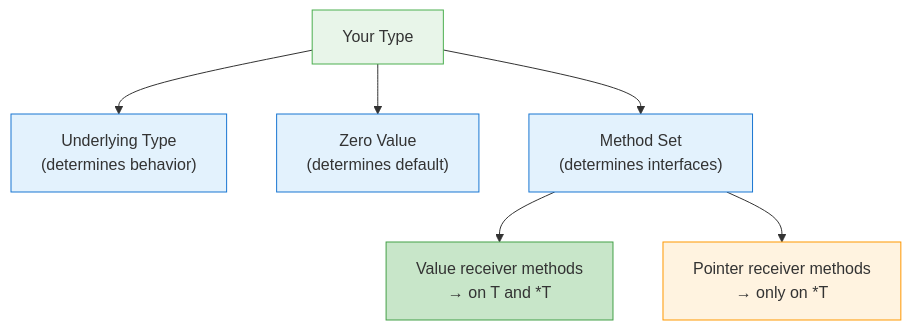
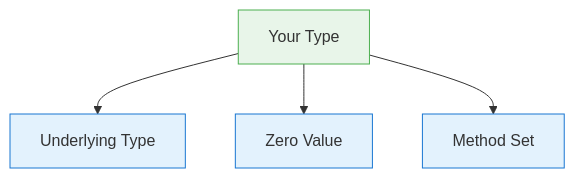
One commit to rahulsharma001/go-internals changed the diagram in Go Type System & Value Semantics.md. Above: the diagram before and after it, drawn with Mermaid. The commit also changed other lines of this file and 3 other files, not shown here.

````diff
--- a/Go Type System & Value Semantics.md
+++ b/Go Type System & Value Semantics.md
@@ -30,15 +39,11 @@
 ```mermaid
 graph TD
-    T["Your Type"] --> UT["Underlying Type\n(determines behavior)"]
-    T --> ZV["Zero Value\n(determines default)"]
-    T --> MS["Method Set\n(determines interfaces)"]
-    MS --> VR["Value receiver methods\n→ on T and *T"]
-    MS --> PR["Pointer receiver methods\n→ only on *T"]
+    T["Your Type"] --> UT["Underlying Type"]
+    T --> ZV["Zero Value"]
+    T --> MS["Method Set"]
 
     style T fill:#e8f5e9,stroke:#4caf50
     style UT fill:#e3f2fd,stroke:#1976d2
     style ZV fill:#e3f2fd,stroke:#1976d2
     style MS fill:#e3f2fd,stroke:#1976d2
-    style VR fill:#c8e6c9,stroke:#43a047
-    style PR fill:#fff3e0,stroke:#ff9800
 ```
````
